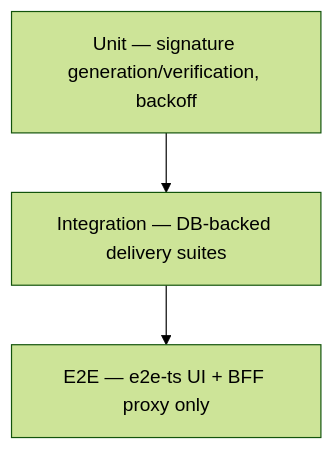
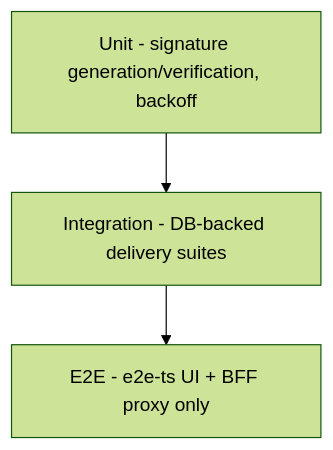
One commit to commerce8/bill8-webhooks changed the fifth of 5 diagrams in DESIGN.md. Above: the diagram before and after it, drawn with Mermaid (forest theme). The commit also changed other lines of this file and 21 other files, not shown here.

````diff
--- a/DESIGN.md
+++ b/DESIGN.md
@@ -112,5 +112,5 @@
 ```mermaid
 graph TD
-    U["Unit — signature generation/verification, backoff"] --> I["Integration — DB-backed delivery suites"]
-    I --> E["E2E — e2e-ts UI + BFF proxy only"]
+    U["Unit - signature generation/verification, backoff"] --> I["Integration - DB-backed delivery suites"]
+    I --> E["E2E - e2e-ts UI + BFF proxy only"]
 ```
````
